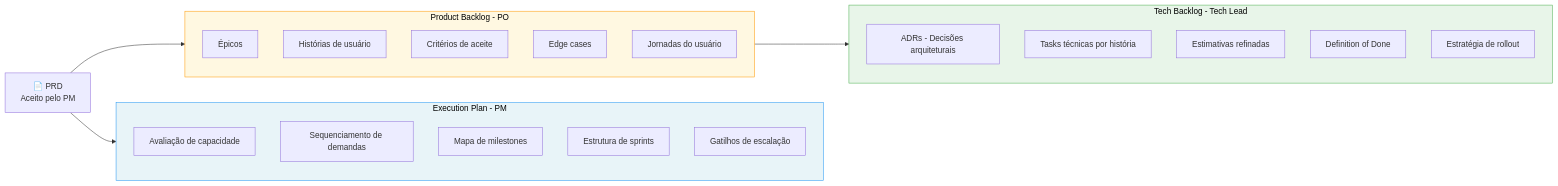
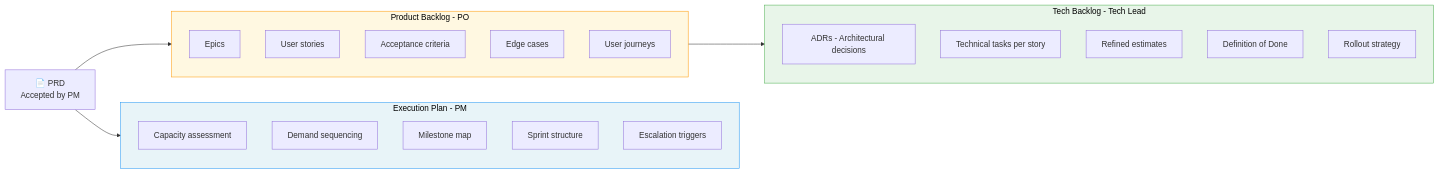
The fifth of 11 diagrams in README.md (hugo-hsbtech/teamwork-process), drawn with Mermaid before and after one commit. The commit also changed other lines of this file and 63 other files, not shown here.

````diff
--- a/README.md
+++ b/README.md
@@ -293,36 +293,36 @@
 ```mermaid
 flowchart LR
-    PRD["📄 PRD\nAceito pelo PM"]
+    PRD["📄 PRD\nAccepted by PM"]
 
     subgraph EP ["Execution Plan - PM"]
-        EP1["Avaliação de capacidade"]
-        EP2["Sequenciamento de demandas"]
-        EP3["Mapa de milestones"]
-        EP4["Estrutura de sprints"]
-        EP5["Gatilhos de escalação"]
+        EP1["Capacity assessment"]
+        EP2["Demand sequencing"]
+        EP3["Milestone map"]
+        EP4["Sprint structure"]
+        EP5["Escalation triggers"]
     end
 
     subgraph PB ["Product Backlog - PO"]
-        PB1["Épicos"]
-        PB2["Histórias de usuário"]
-        PB3["Critérios de aceite"]
+        PB1["Epics"]
+        PB2["User stories"]
+        PB3["Acceptance criteria"]
         PB4["Edge cases"]
-        PB5["Jornadas do usuário"]
+        PB5["User journeys"]
     end
 
     subgraph TB ["Tech Backlog - Tech Lead"]
-        TB1["ADRs - Decisões arquiteturais"]
-        TB2["Tasks técnicas por história"]
-        TB3["Estimativas refinadas"]
+        TB1["ADRs - Architectural decisions"]
+        TB2["Technical tasks per story"]
+        TB3["Refined estimates"]
         TB4["Definition of Done"]
-        TB5["Estratégia de rollout"]
+        TB5["Rollout strategy"]
     end
 
     PRD --> EP
     PRD --> PB
     PB --> TB
 
     style EP fill:#e8f4f8,stroke:#2196F3,color:#000
     style PB fill:#fff8e1,stroke:#FF9800,color:#000
     style TB fill:#e8f5e9,stroke:#4CAF50,color:#000
 ```
````
